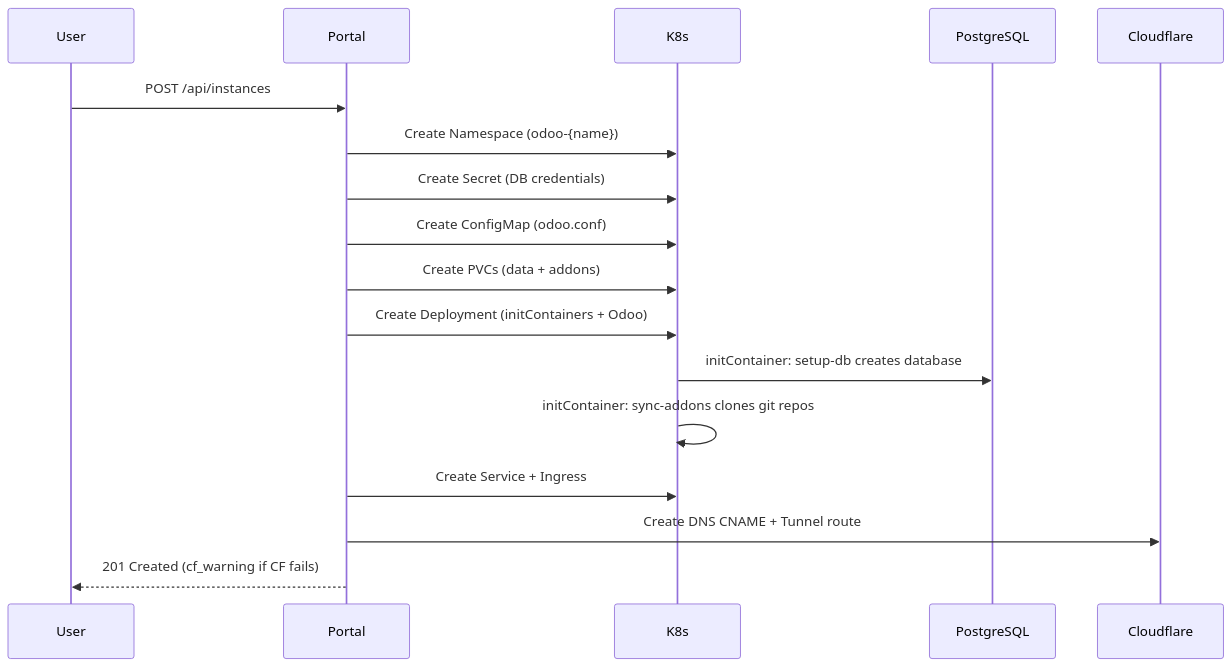
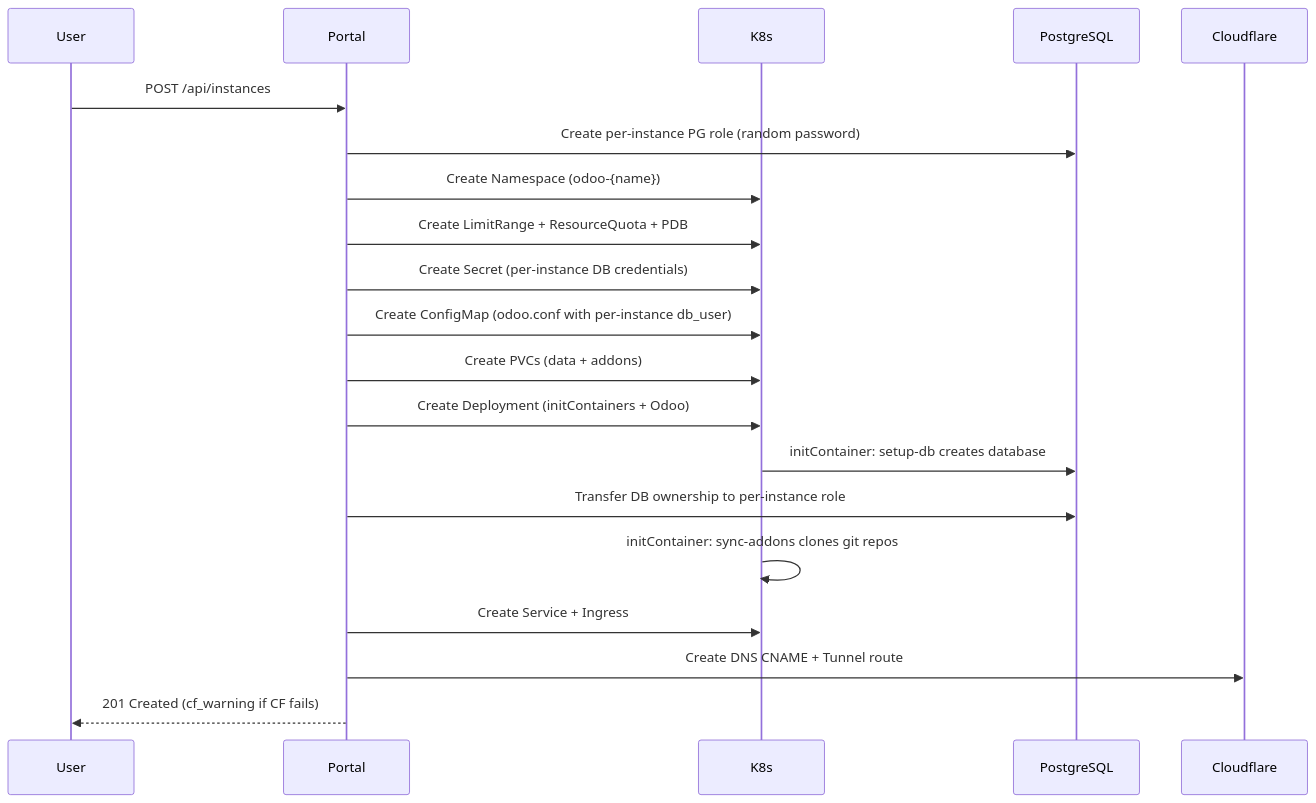
Before and after one commit to jpvargassoruco/aeisoftware: the diagram in docs/HLD.md, drawn with Mermaid. The commit also changed other lines of this file and 1 other file, not shown here.

First line of the commit message:
docs: update HLD/LLD for per-instance PG isolation, guardrails, pagination

````diff
--- a/docs/HLD.md
+++ b/docs/HLD.md
@@ -124,20 +124,23 @@
 ```mermaid
 sequenceDiagram
     participant User
     participant Portal
     participant K8s
     participant PG as PostgreSQL
     participant CF as Cloudflare
 
     User->>Portal: POST /api/instances
+    Portal->>PG: Create per-instance PG role (random password)
     Portal->>K8s: Create Namespace (odoo-{name})
-    Portal->>K8s: Create Secret (DB credentials)
-    Portal->>K8s: Create ConfigMap (odoo.conf)
+    Portal->>K8s: Create LimitRange + ResourceQuota + PDB
+    Portal->>K8s: Create Secret (per-instance DB credentials)
+    Portal->>K8s: Create ConfigMap (odoo.conf with per-instance db_user)
     Portal->>K8s: Create PVCs (data + addons)
     Portal->>K8s: Create Deployment (initContainers + Odoo)
     K8s->>PG: initContainer: setup-db creates database
+    Portal->>PG: Transfer DB ownership to per-instance role
     K8s->>K8s: initContainer: sync-addons clones git repos
     Portal->>K8s: Create Service + Ingress
     Portal->>CF: Create DNS CNAME + Tunnel route
     Portal-->>User: 201 Created (cf_warning if CF fails)
 ```
````
